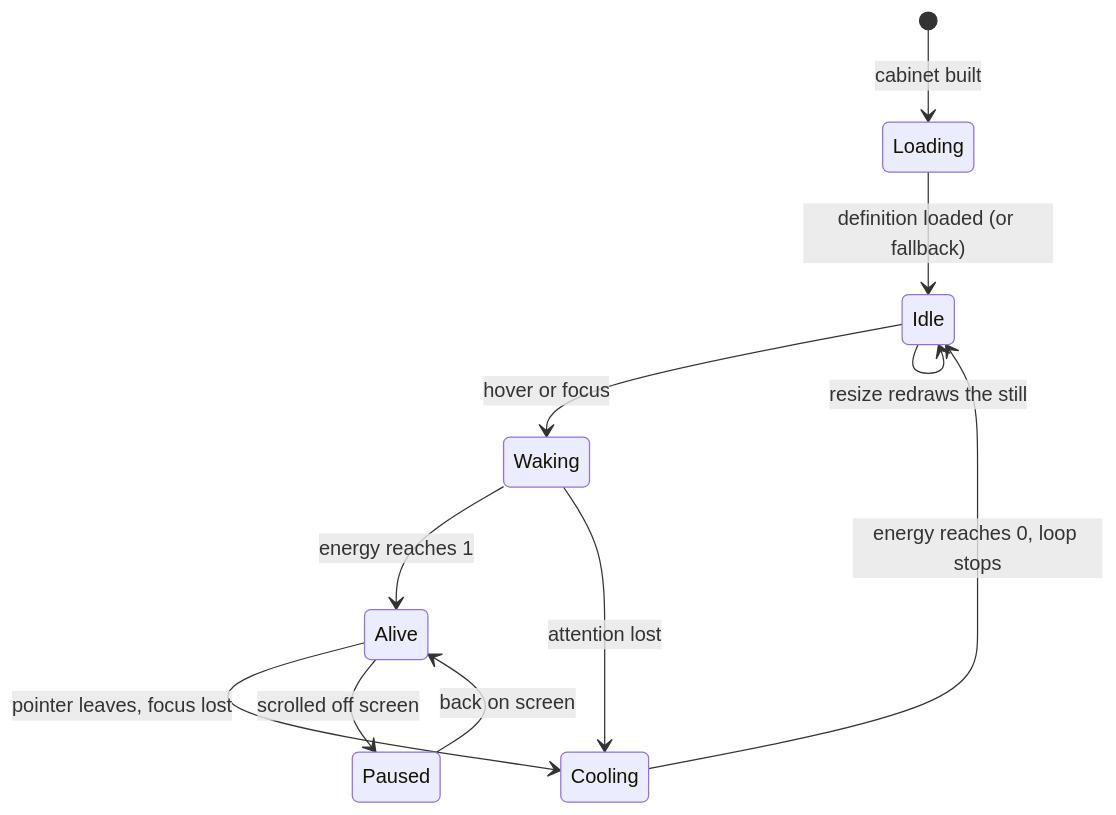
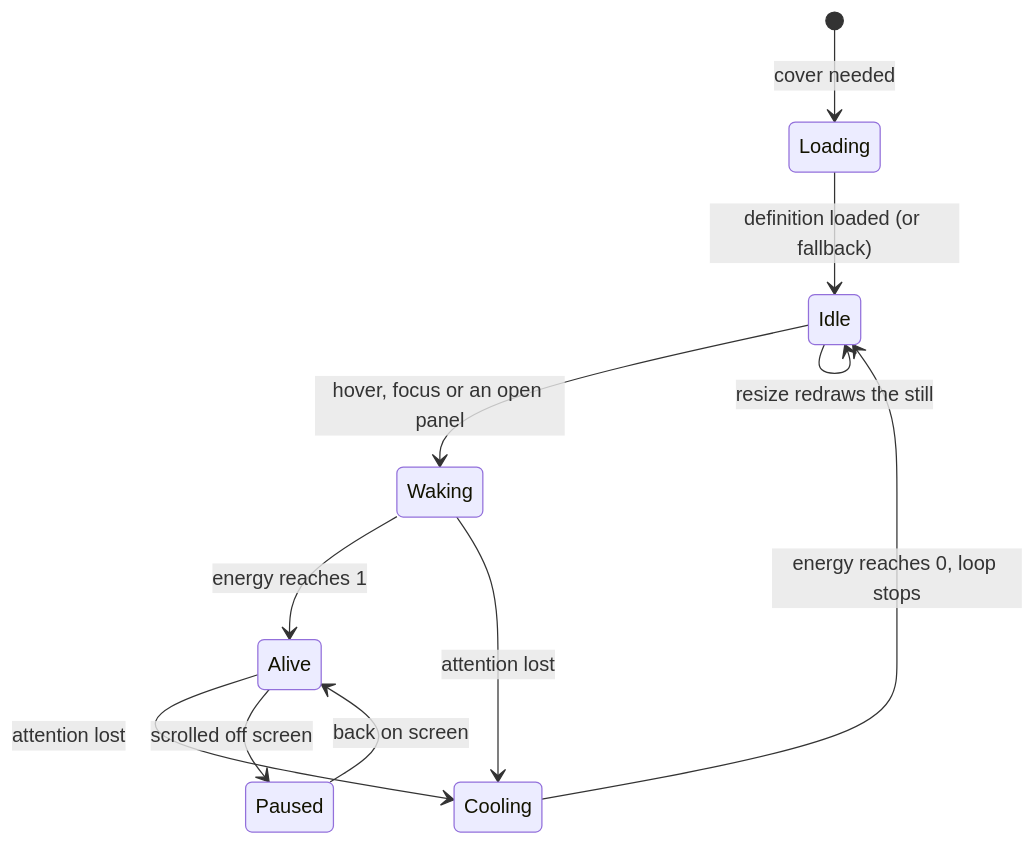
The fourth of 5 diagrams in docs/HALL-ARCHITECTURE.md (agunawijaya/NeoArcade), drawn with Mermaid before and after one commit. The commit also changed other lines of this file and 43 other files, not shown here.

````diff
--- a/docs/HALL-ARCHITECTURE.md
+++ b/docs/HALL-ARCHITECTURE.md
@@ -154,13 +184,13 @@
 ```mermaid
 stateDiagram-v2
-  [*] --> Loading: cabinet built
+  [*] --> Loading: cover needed
   Loading --> Idle: definition loaded (or fallback)
-  Idle --> Waking: hover or focus
+  Idle --> Waking: hover, focus or an open panel
   Waking --> Alive: energy reaches 1
-  Alive --> Cooling: pointer leaves, focus lost
+  Alive --> Cooling: attention lost
   Waking --> Cooling: attention lost
   Cooling --> Idle: energy reaches 0, loop stops
   Alive --> Paused: scrolled off screen
   Paused --> Alive: back on screen
   Idle --> Idle: resize redraws the still
 ```
````
